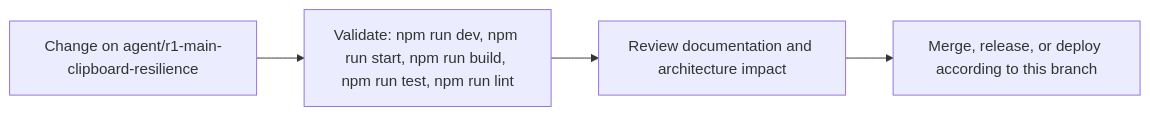
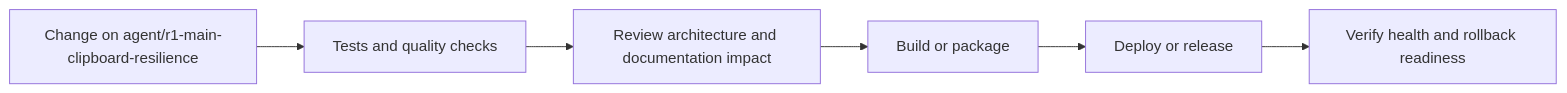
One commit to Nischhalsubba/BindForge-NW changed the fourth of 5 diagrams in README.md. Above: the diagram before and after it, drawn with Mermaid. The commit also changed other lines of this file, not shown here.

````diff
--- a/README.md
+++ b/README.md
@@ -79,8 +158,8 @@
 ```mermaid
 flowchart LR
-    CHANGE["Change on agent/r1-main-clipboard-resilience"]
-    CHECK["Validate: npm run dev, npm run start, npm run build, npm run test, npm run lint"]
-    REVIEW["Review documentation and architecture impact"]
-    RELEASE["Merge, release, or deploy according to this branch"]
-    CHANGE --> CHECK --> REVIEW --> RELEASE
+    CHANGE["Change on agent/r1-main-clipboard-resilience"] --> CHECK["Tests and quality checks"]
+    CHECK --> REVIEW["Review architecture and documentation impact"]
+    REVIEW --> BUILD["Build or package"]
+    BUILD --> DEPLOY["Deploy or release"]
+    DEPLOY --> VERIFY["Verify health and rollback readiness"]
 ```
````
